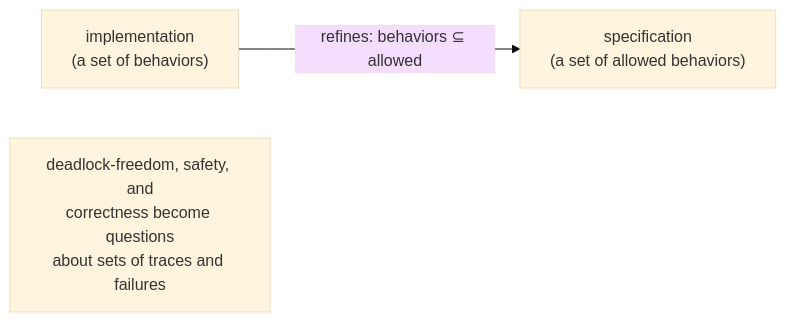
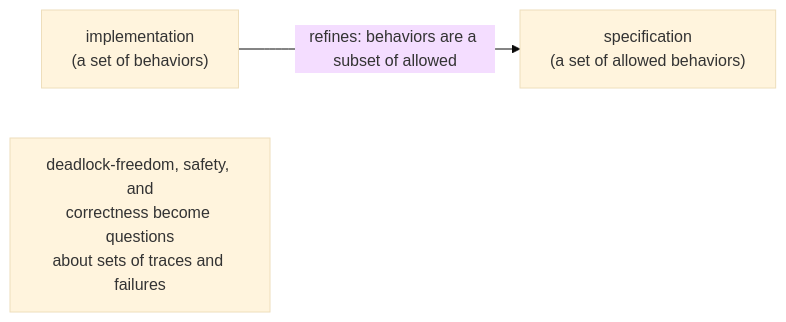
The diagram in 03-tony-hoare-communicating-sequential-processes/05-the-algebra-came-later.md (amarshat/cs-seminars), drawn with Mermaid (base theme) before and after one commit. The commit also changed 13 other files, not shown here.

````diff
--- a/03-tony-hoare-communicating-sequential-processes/05-the-algebra-came-later.md
+++ b/03-tony-hoare-communicating-sequential-processes/05-the-algebra-came-later.md
@@ -21,7 +21,7 @@
 ```mermaid
 flowchart LR
     SPEC["specification<br/>(a set of allowed behaviors)"]
     IMPL["implementation<br/>(a set of behaviors)"]
-    IMPL -->|"refines: behaviors ⊆ allowed"| SPEC
+    IMPL -->|"refines: behaviors are a subset of allowed"| SPEC
     note["deadlock-freedom, safety, and<br/>correctness become questions<br/>about sets of traces and failures"]
 ```
````
